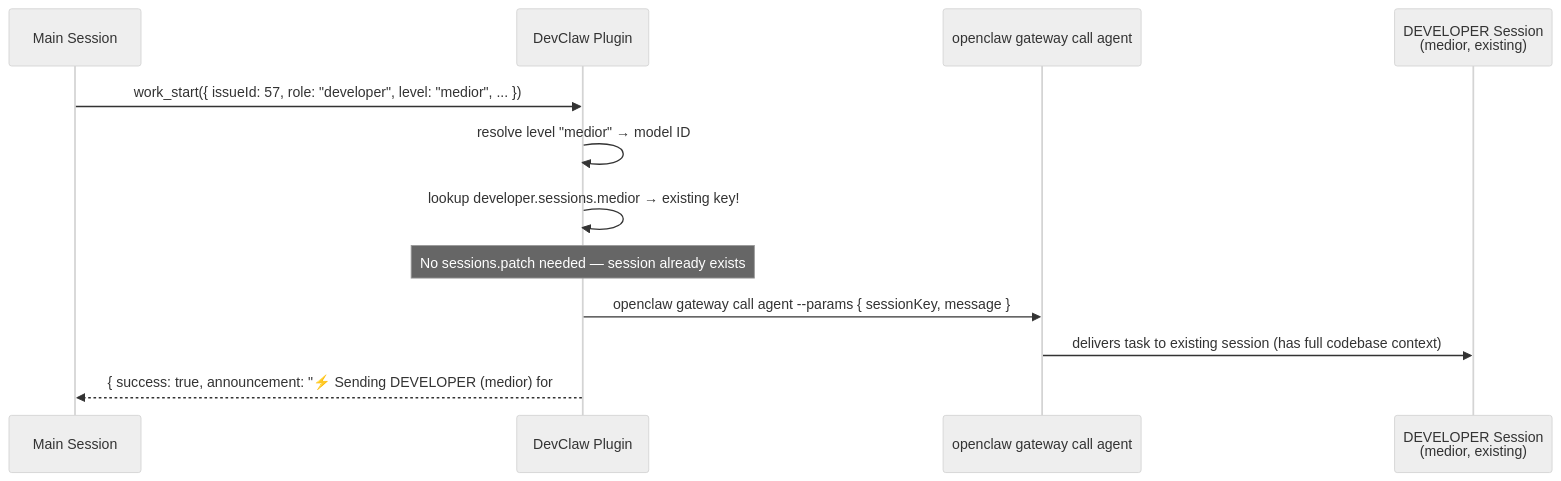
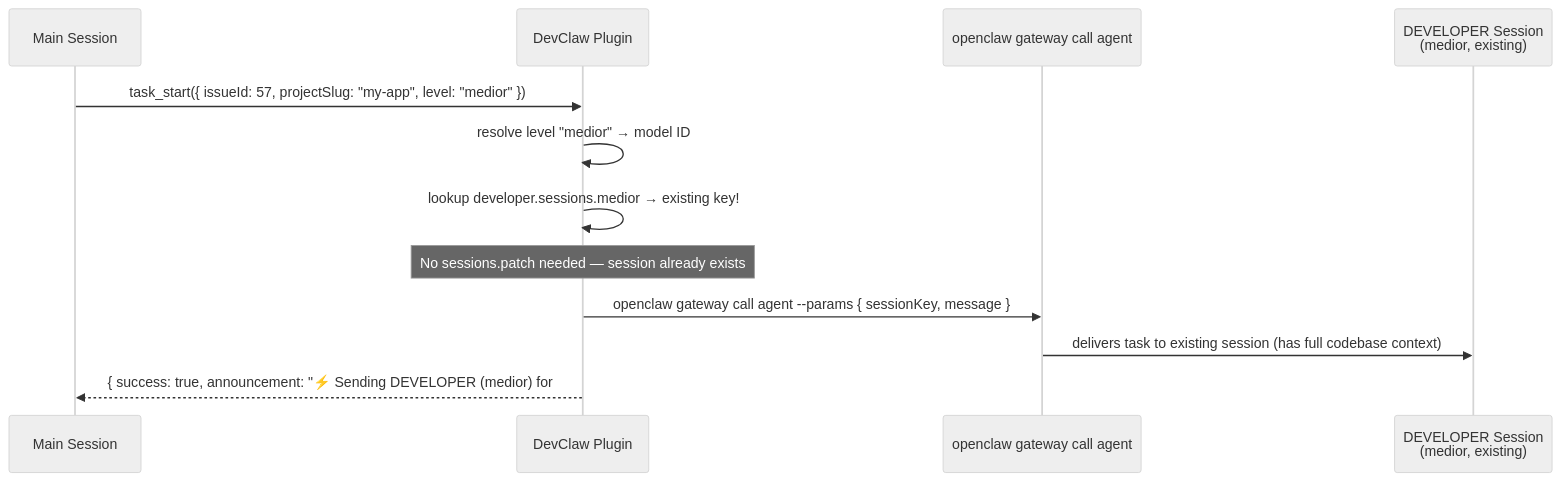
The fifth of 13 diagrams in docs/ARCHITECTURE.md (laurentenhoor/devclaw), drawn with Mermaid (neutral theme) before and after one commit. The commit also changed other lines of this file and 29 other files, not shown here.

````diff
--- a/docs/ARCHITECTURE.md
+++ b/docs/ARCHITECTURE.md
@@ -275,15 +279,15 @@
 ```mermaid
 sequenceDiagram
     participant MS as Main Session
     participant DC as DevClaw Plugin
     participant CLI as openclaw gateway call agent
     participant DEV as DEVELOPER Session<br/>(medior, existing)
 
-    MS->>DC: work_start({ issueId: 57, role: "developer", level: "medior", ... })
+    MS->>DC: task_start({ issueId: 57, projectSlug: "my-app", level: "medior" })
     DC->>DC: resolve level "medior" → model ID
     DC->>DC: lookup developer.sessions.medior → existing key!
     Note over DC: No sessions.patch needed — session already exists
     DC->>CLI: openclaw gateway call agent --params { sessionKey, message }
     CLI->>DEV: delivers task to existing session (has full codebase context)
     DC-->>MS: { success: true, announcement: "⚡ Sending DEVELOPER (medior) for #57" }
 ```
````
